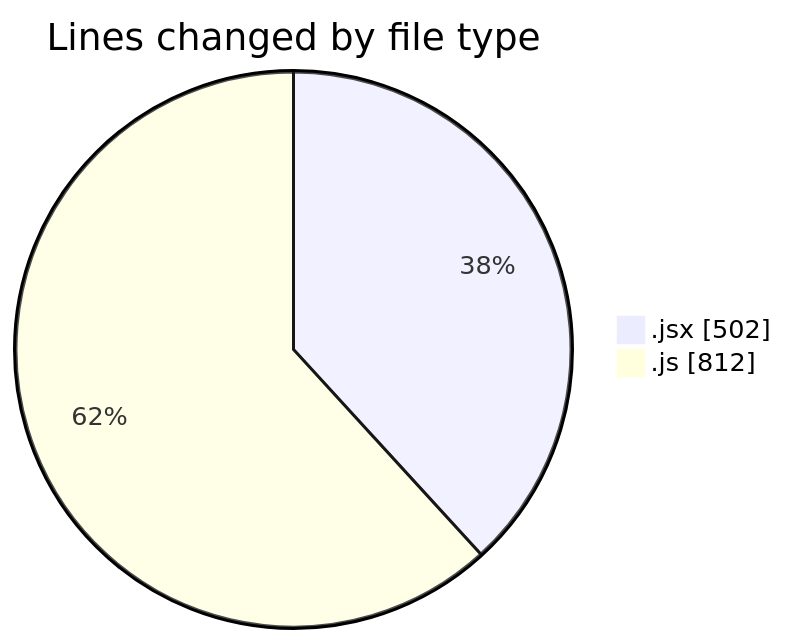
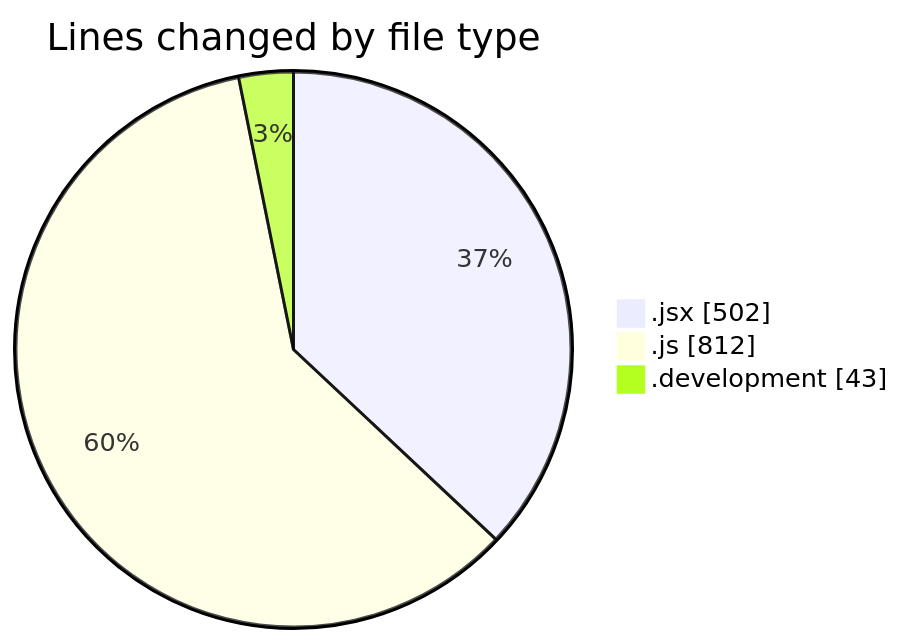
Before and after one commit to nxtqubesakshisongat/code-tracking: the first of 2 diagrams in 2025-12-02/nxtqube_webapp/README.md, drawn with Mermaid. The commit also changed other lines of this file and 1 other file, not shown here.

````diff
--- a/2025-12-02/nxtqube_webapp/README.md
+++ b/2025-12-02/nxtqube_webapp/README.md
@@ -24,6 +25,7 @@
 ```mermaid
 pie showData
 title Lines changed by file type
 ".jsx" : 502
 ".js" : 812
+".development" : 43
 ```
````
